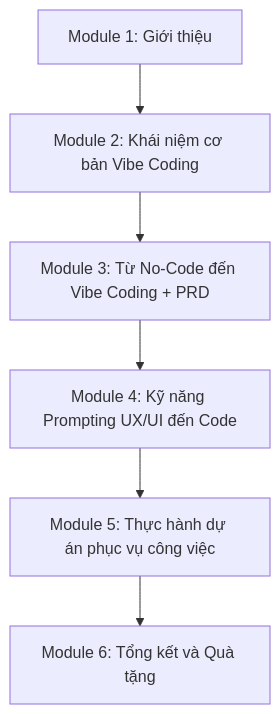
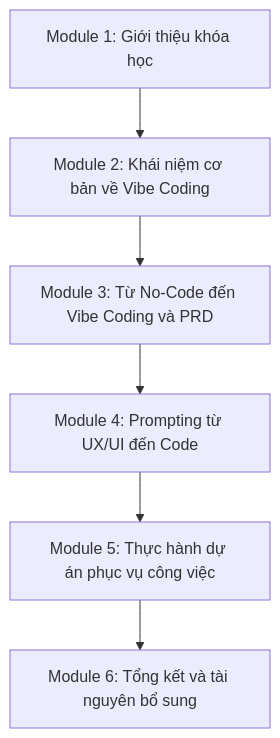
The first of 3 diagrams in khoa-hoc-vibe-coding-co-ban/Module 01 - Gioi Thieu/02-gioi-thieu-noi-dung-khoa-hoc.md (AlanKhan145/course-knowledge-base), drawn with Mermaid before and after one commit. The commit also changed other lines of this file and 19 other files, not shown here.

Commit message:
Expand vibe coding co ban lesson notes and update README

````diff
--- a/khoa-hoc-vibe-coding-co-ban/Module 01 - Gioi Thieu/02-gioi-thieu-noi-dung-khoa-hoc.md
+++ b/khoa-hoc-vibe-coding-co-ban/Module 01 - Gioi Thieu/02-gioi-thieu-noi-dung-khoa-hoc.md
@@ -17,8 +19,8 @@
 ```mermaid
 flowchart TD
-    A["Module 1: Giới thiệu"] --> B["Module 2: Khái niệm cơ bản Vibe Coding"]
-    B --> C["Module 3: Từ No-Code đến Vibe Coding + PRD"]
-    C --> D["Module 4: Kỹ năng Prompting UX/UI đến Code"]
+    A["Module 1: Giới thiệu khóa học"] --> B["Module 2: Khái niệm cơ bản về Vibe Coding"]
+    B --> C["Module 3: Từ No-Code đến Vibe Coding và PRD"]
+    C --> D["Module 4: Prompting từ UX/UI đến Code"]
     D --> E["Module 5: Thực hành dự án phục vụ công việc"]
-    E --> F["Module 6: Tổng kết và Quà tặng"]
+    E --> F["Module 6: Tổng kết và tài nguyên bổ sung"]
 ```
````
